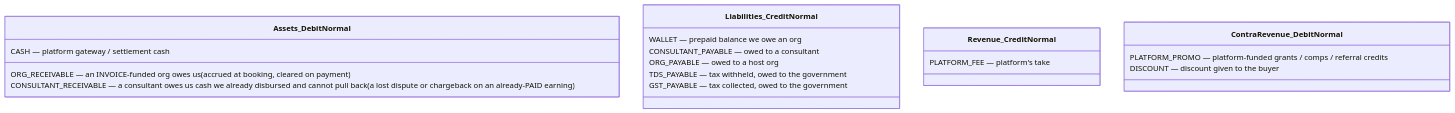
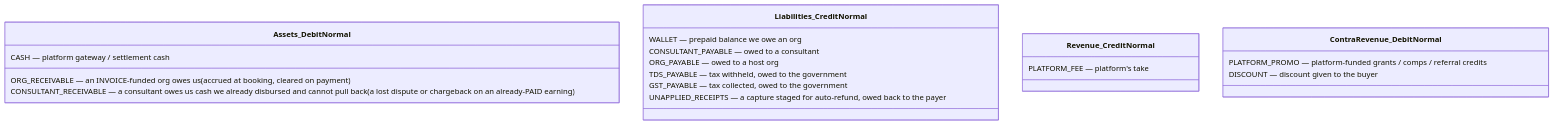
One commit to Practitionist/familiarise_web changed the first of 2 diagrams in docs/enterprise/10-money-and-ledger/02-chart-of-accounts.md. Above: the diagram before and after it, drawn with Mermaid. The commit also changed other lines of this file and 15 other files, not shown here.

First line of the commit message:
fix(payments): refund ledger clearing — unapplied receipts for never-booked captures, stranded-refund re-drive

````diff
--- a/docs/enterprise/10-money-and-ledger/02-chart-of-accounts.md
+++ b/docs/enterprise/10-money-and-ledger/02-chart-of-accounts.md
@@ -19,22 +19,23 @@
 ```mermaid
 classDiagram
   class Assets_DebitNormal {
     CASH  — platform gateway / settlement cash
     ORG_RECEIVABLE  — an INVOICE-funded org owes us (accrued at booking, cleared on payment)
     CONSULTANT_RECEIVABLE  — a consultant owes us cash we already disbursed and cannot pull back (a lost dispute or chargeback on an already-PAID earning)
   }
   class Liabilities_CreditNormal {
     WALLET  — prepaid balance we owe an org
     CONSULTANT_PAYABLE  — owed to a consultant
     ORG_PAYABLE  — owed to a host org
     TDS_PAYABLE  — tax withheld, owed to the government
     GST_PAYABLE  — tax collected, owed to the government
+    UNAPPLIED_RECEIPTS  — a capture staged for auto-refund, owed back to the payer
   }
   class Revenue_CreditNormal {
     PLATFORM_FEE  — platform's take
   }
   class ContraRevenue_DebitNormal {
     PLATFORM_PROMO  — platform-funded grants / comps / referral credits
     DISCOUNT  — discount given to the buyer
   }
 ```
````
